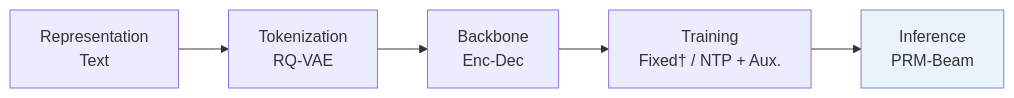
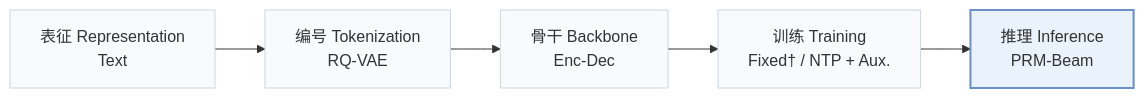
The first of 2 diagrams in pages/zh/papers/promise.md (Galaxy-ghost/Awesome-SID-Generative-Rec), drawn with Mermaid before and after one commit. The commit also changed other lines of this file and 649 other files, not shown here.

Commit message:
writer-05: also tags and modality index (schema, check, build, visuals); summary field removed; calibration data for 12 papers

````diff
--- a/pages/zh/papers/promise.md
+++ b/pages/zh/papers/promise.md
@@ -13,6 +15,8 @@
 ```mermaid
 flowchart LR
-    R["Representation<br/>Text"] --> T["Tokenization<br/>RQ-VAE"] --> B["Backbone<br/>Enc-Dec"] --> TR["Training<br/>Fixed† / NTP + Aux."] --> I["Inference<br/>PRM-Beam"]
-    classDef main fill:#eaf2fb,stroke:#6b8fc7
+    R["表征 Representation<br/>Text"] --> T["编号 Tokenization<br/>RQ-VAE"] --> B["骨干 Backbone<br/>Enc-Dec"] --> TR["训练 Training<br/>Fixed† / NTP + Aux."] --> I["推理 Inference<br/>PRM-Beam"]
+    classDef base fill:#f8fafc,stroke:#cbd5e1
+    class R,T,B,TR,I base
+    classDef main fill:#eaf2fb,stroke:#6b8fc7,stroke-width:2px
     class I main
 ```
````
